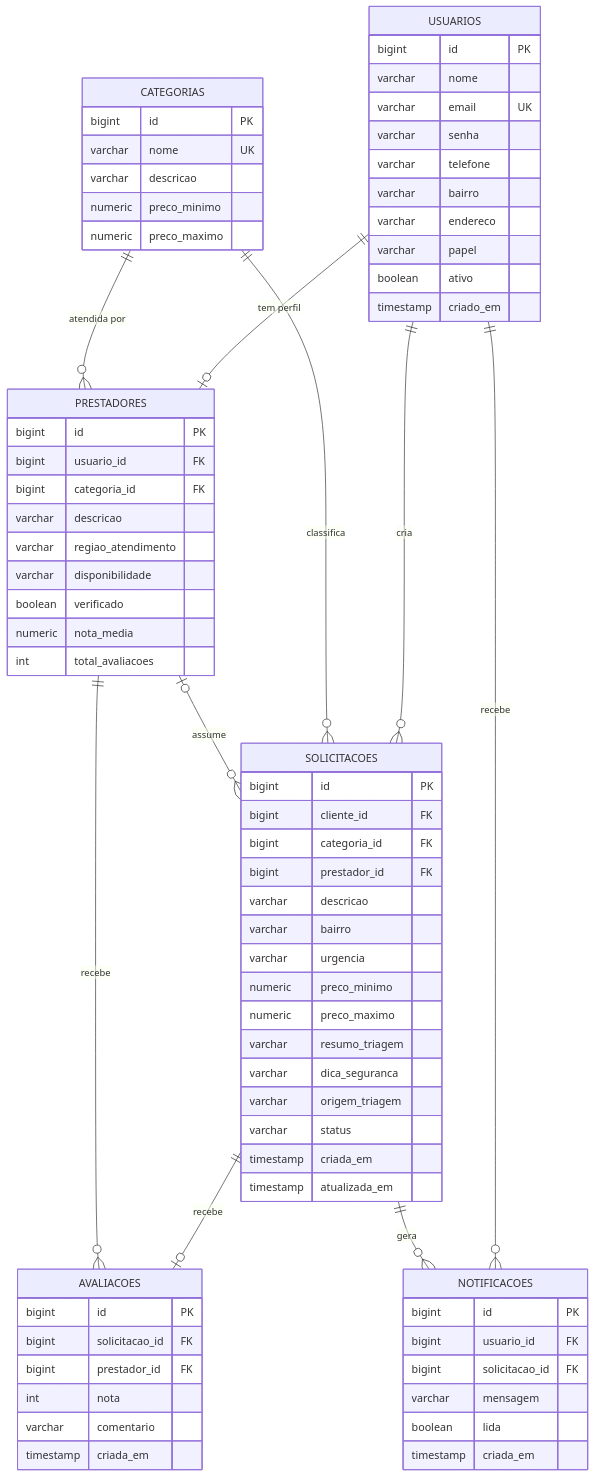
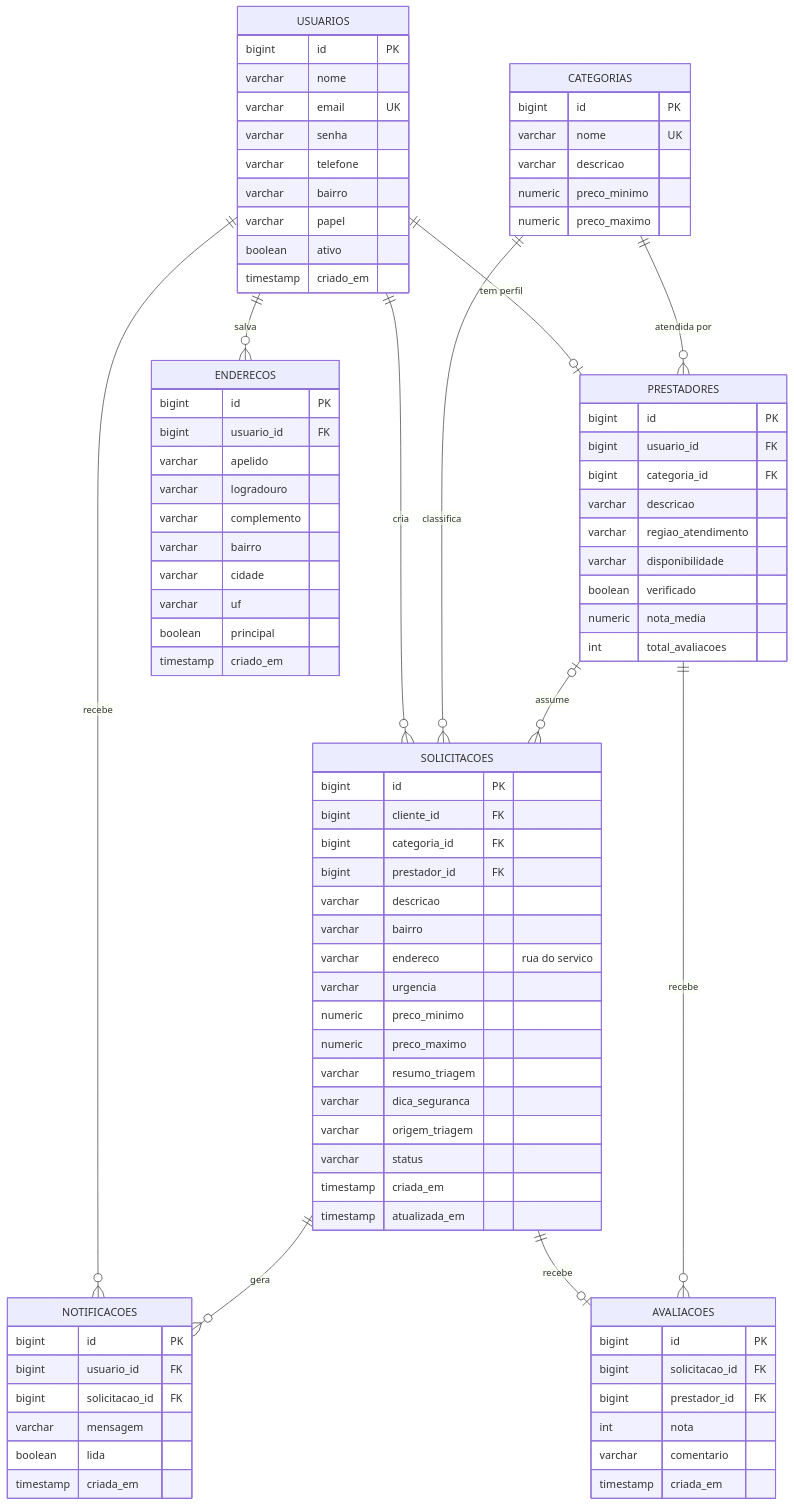
Before and after one commit to kaiky06301/bico-certo-java: the third of 6 diagrams in README.md, drawn with Mermaid. The commit also changed other lines of this file and 21 other files, not shown here.

First line of the commit message:
Adiciona enderecos salvos e libera a rua ao prestador contratado

```diff
--- a/README.md
+++ b/README.md
@@ -209,6 +209,19 @@
     USUARIOS ||--o{ NOTIFICACOES : "recebe"
     SOLICITACOES ||--o{ NOTIFICACOES : "gera"
 
+    USUARIOS ||--o{ ENDERECOS : "salva"
+    ENDERECOS {
+        bigint id PK
+        bigint usuario_id FK
+        varchar apelido
+        varchar logradouro
+        varchar complemento
+        varchar bairro
+        varchar cidade
+        varchar uf
+        boolean principal
+        timestamp criado_em
+    }
     USUARIOS {
         bigint id PK
         varchar nome
@@ -216,7 +229,6 @@
         varchar senha
         varchar telefone
         varchar bairro
-        varchar endereco
         varchar papel
         boolean ativo
         timestamp criado_em
@@ -246,6 +258,7 @@
         bigint prestador_id FK
         varchar descricao
         varchar bairro
+        varchar endereco "rua do servico"
         varchar urgencia
         numeric preco_minimo
         numeric preco_maximo
```
